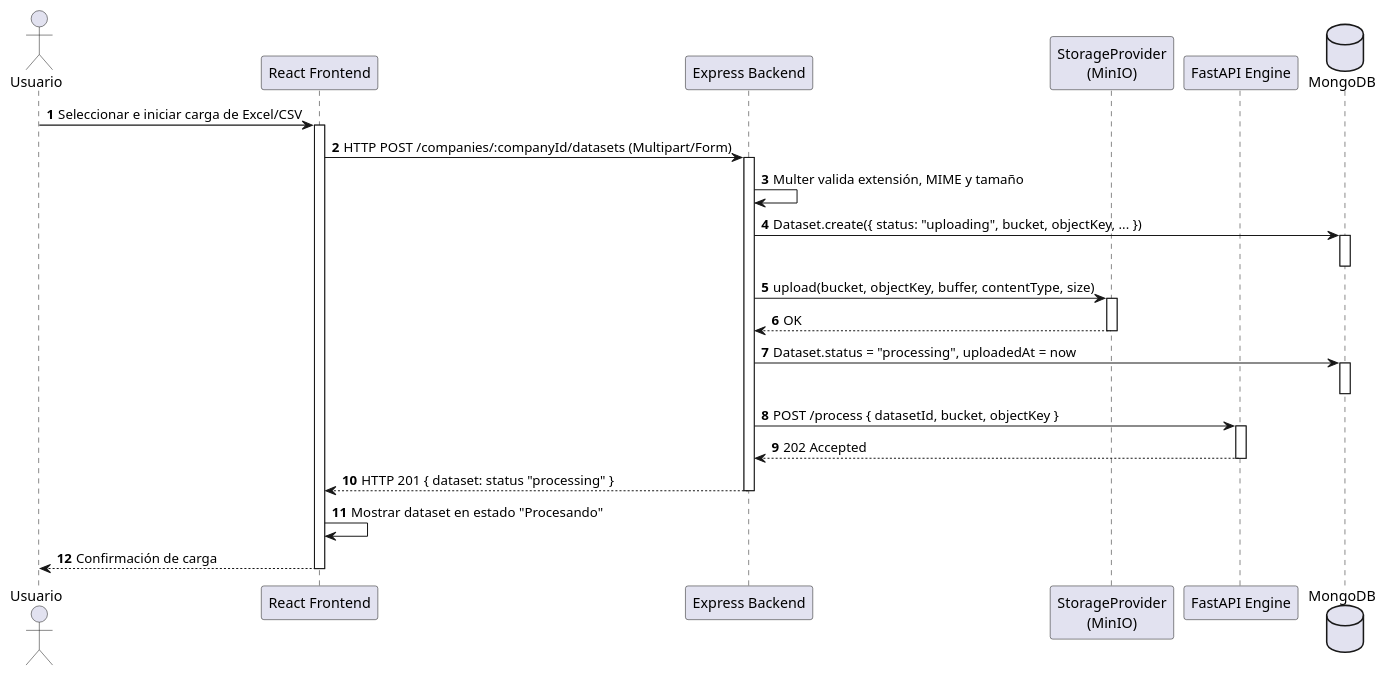
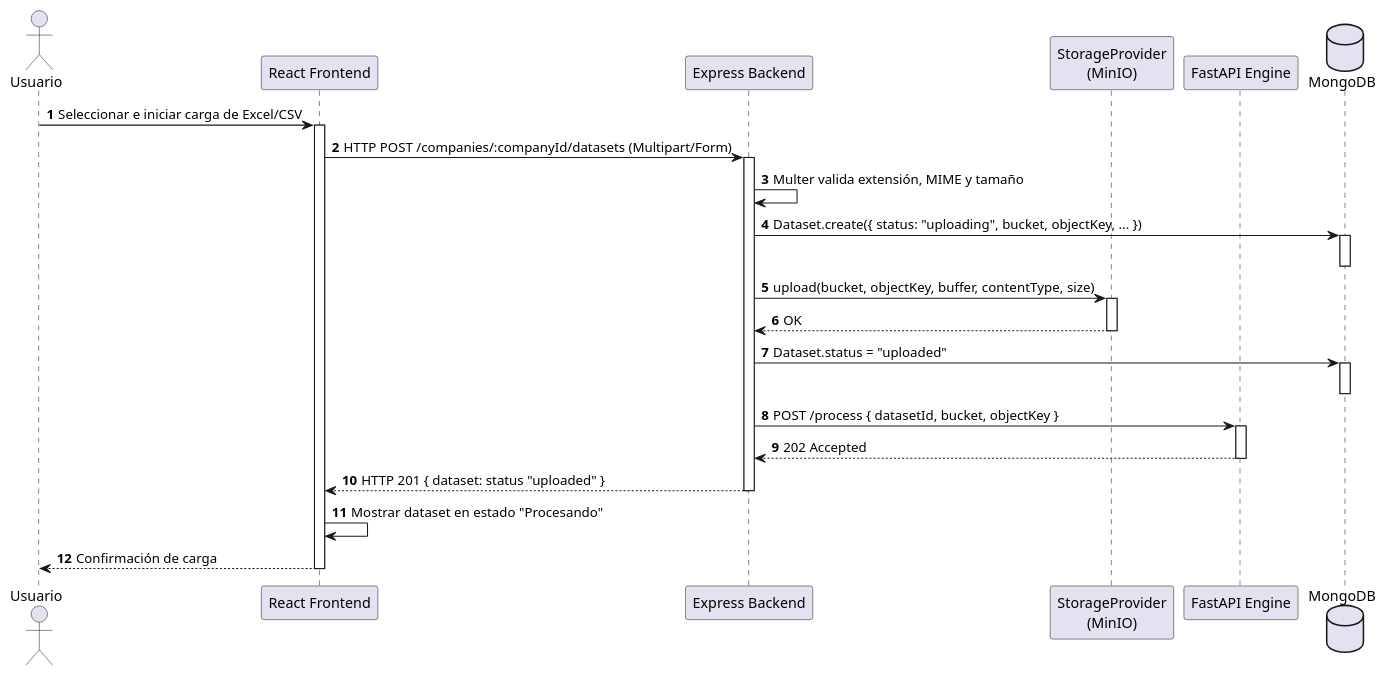
Before and after one commit to ezepurro/business-dashboard: the third of 6 diagrams in docs/srs.md, drawn with PlantUML. The commit also changed other lines of this file and 2 other files, not shown here.

````diff
--- a/docs/srs.md
+++ b/docs/srs.md
@@ -179,44 +190,44 @@
 ```plantuml
 @startuml
 autonumber
 actor Usuario
 participant "React Frontend" as Frontend
 participant "Express Backend" as Backend
 participant "StorageProvider\n(MinIO)" as Storage
 participant "FastAPI Engine" as Engine
 database MongoDB
 
 Usuario -> Frontend: Seleccionar e iniciar carga de Excel/CSV
 activate Frontend
 
 Frontend -> Backend: HTTP POST /companies/:companyId/datasets (Multipart/Form)
 activate Backend
 
 Backend -> Backend: Multer valida extensión, MIME y tamaño
 
 Backend -> MongoDB: Dataset.create({ status: "uploading", bucket, objectKey, ... })
 activate MongoDB
 deactivate MongoDB
 
 Backend -> Storage: upload(bucket, objectKey, buffer, contentType, size)
 activate Storage
 Storage --> Backend: OK
 deactivate Storage
 
-Backend -> MongoDB: Dataset.status = "processing", uploadedAt = now
+Backend -> MongoDB: Dataset.status = "uploaded"
 activate MongoDB
 deactivate MongoDB
 
 Backend -> Engine: POST /process { datasetId, bucket, objectKey }
 activate Engine
 Engine --> Backend: 202 Accepted
 deactivate Engine
 
-Backend --> Frontend: HTTP 201 { dataset: status "processing" }
+Backend --> Frontend: HTTP 201 { dataset: status "uploaded" }
 deactivate Backend
 
 Frontend -> Frontend: Mostrar dataset en estado "Procesando"
 Usuario <-- Frontend: Confirmación de carga
 deactivate Frontend
 @endum
 ```
````
